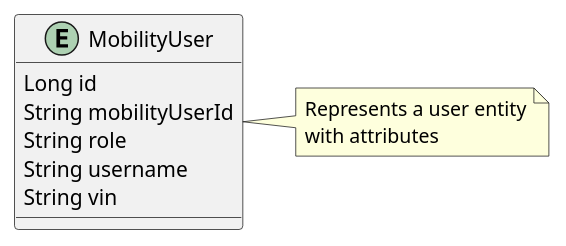
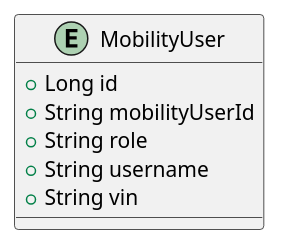
Before and after one commit to Dinesh-s95/AutoDoc.ai: the second of 2 diagrams in usermanagement/documentation/detaileddesign.adoc, drawn with PlantUML. The commit also changed other lines of this file and 16 other files, not shown here.

```diff
--- a/usermanagement/documentation/detaileddesign.adoc
+++ b/usermanagement/documentation/detaileddesign.adoc
@@ -125,12 +90,10 @@
 [plantuml, er-diagram]
 ----
 entity MobilityUser {
-  Long id
-  String mobilityUserId
-  String role
-  String username
-  String vin
+  + Long id
+  + String mobilityUserId
+  + String role
+  + String username
+  + String vin
 }
-
-note right: Represents a user entity\nwith attributes
 ----
```
